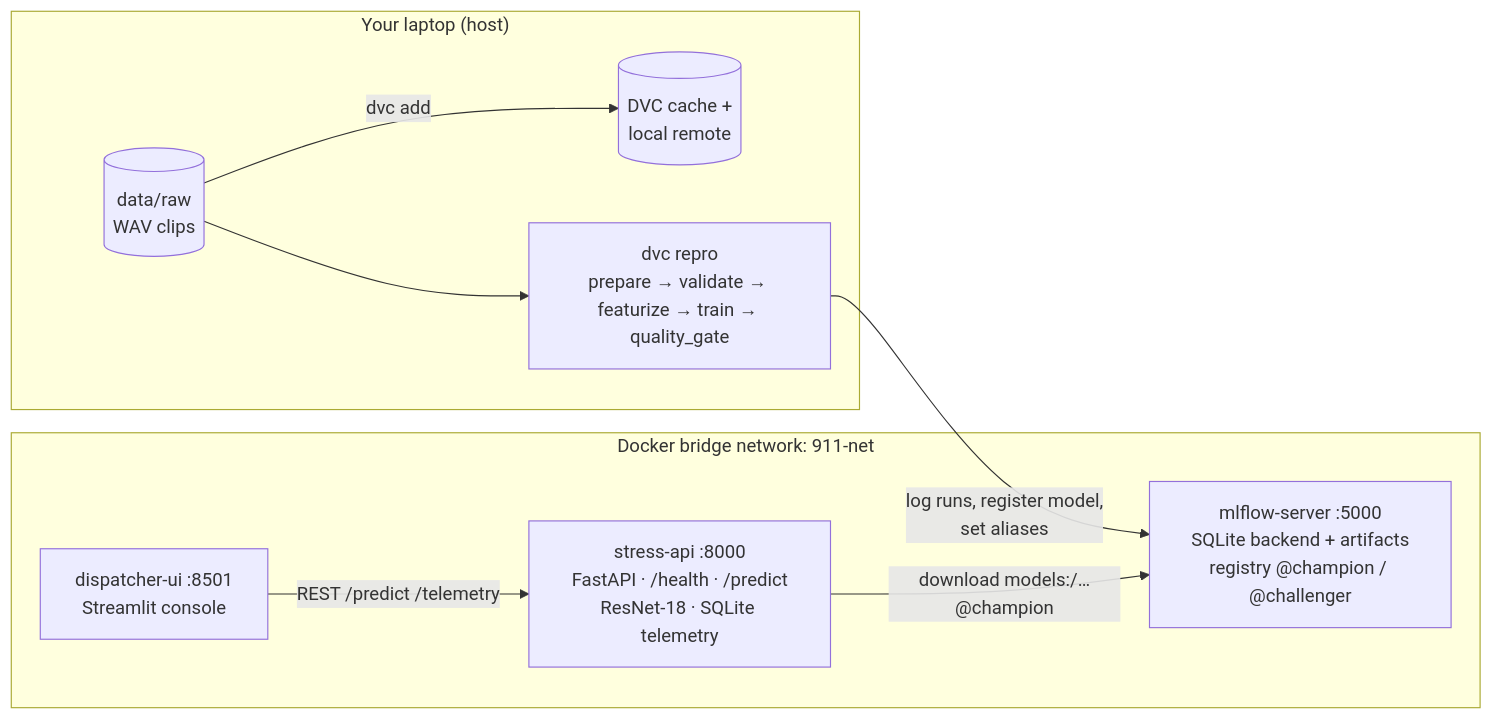
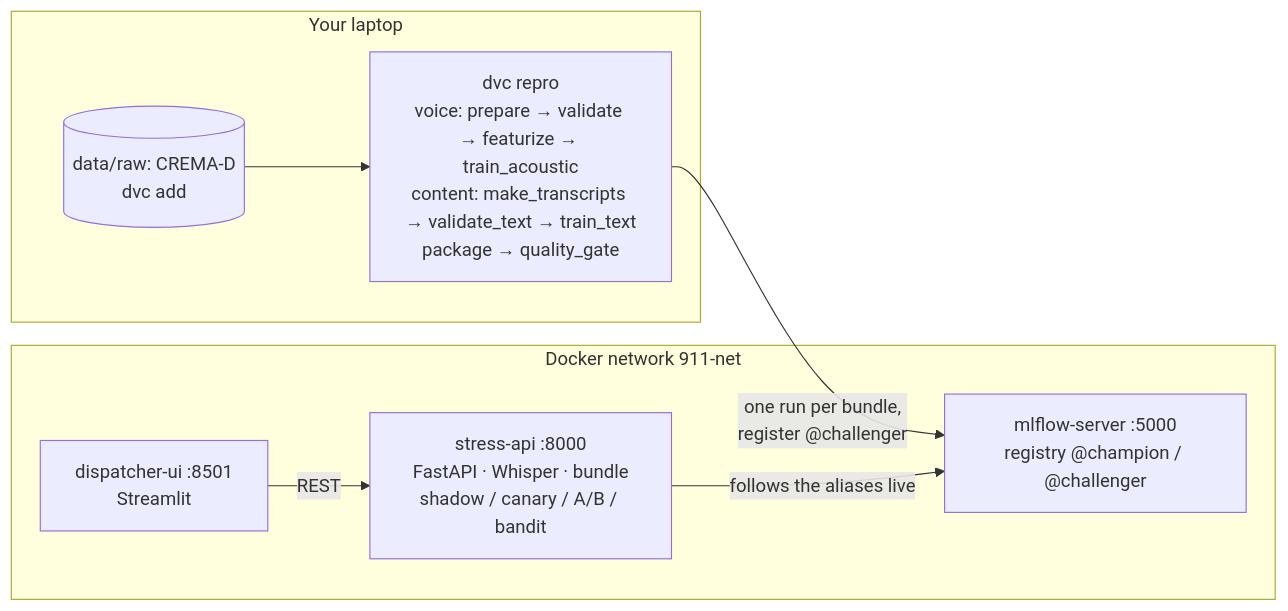
Before and after one commit to MikeDrn/911-stress-detection: the second of 2 diagrams in README.md, drawn with Mermaid. The commit also changed other lines of this file and 58 other files, not shown here.

````diff
--- a/README.md
+++ b/README.md
@@ -15,16 +57,15 @@
 ```mermaid
 flowchart LR
-    subgraph Host["Your laptop (host)"]
-        RAW[(data/raw<br/>WAV clips)] -- dvc add --> DVC[(DVC cache +<br/>local remote)]
-        PIPE["dvc repro<br/>prepare → validate → featurize → train → quality_gate"]
-        RAW --> PIPE
+    subgraph Host["Your laptop"]
+        RAW[(data/raw: CREMA-D<br/>dvc add)] --> PIPE
+        PIPE["dvc repro<br/>voice: prepare → validate → featurize → train_acoustic<br/>content: make_transcripts → validate_text → train_text<br/>package → quality_gate"]
     end
-    subgraph NET["Docker bridge network: 911-net"]
-        MLF["mlflow-server :5000<br/>SQLite backend + artifacts<br/>registry @champion / @challenger"]
-        API["stress-api :8000<br/>FastAPI · /health · /predict<br/>ResNet-18 · SQLite telemetry"]
-        UI["dispatcher-ui :8501<br/>Streamlit console"]
+    subgraph NET["Docker network 911-net"]
+        MLF["mlflow-server :5000<br/>registry @champion / @challenger"]
+        API["stress-api :8000<br/>FastAPI · Whisper · bundle<br/>shadow / canary / A/B / bandit"]
+        UI["dispatcher-ui :8501<br/>Streamlit"]
     end
-    PIPE -- "log runs, register model,<br/>set aliases" --> MLF
-    API -- "download models:/…@champion" --> MLF
-    UI -- "REST /predict /telemetry" --> API
+    PIPE -- "one run per bundle,<br/>register @challenger" --> MLF
+    API -- "follows the aliases live" --> MLF
+    UI -- REST --> API
 ```
````
